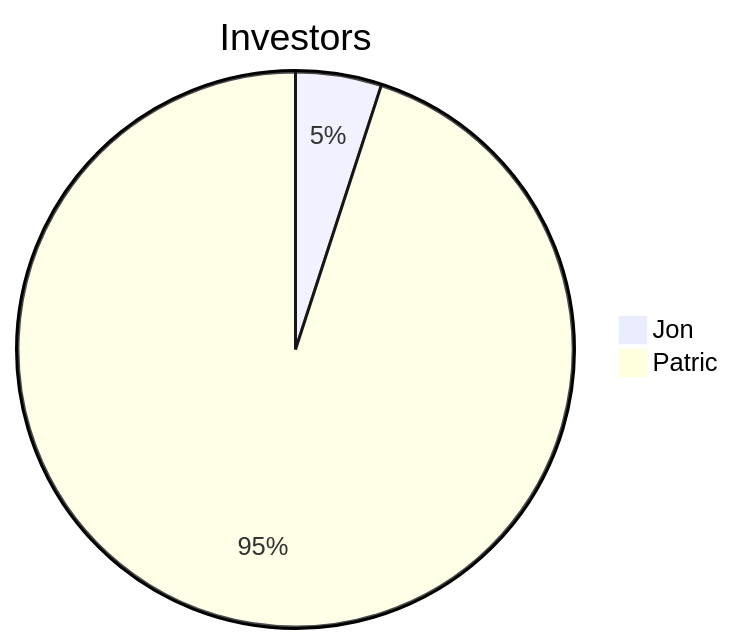
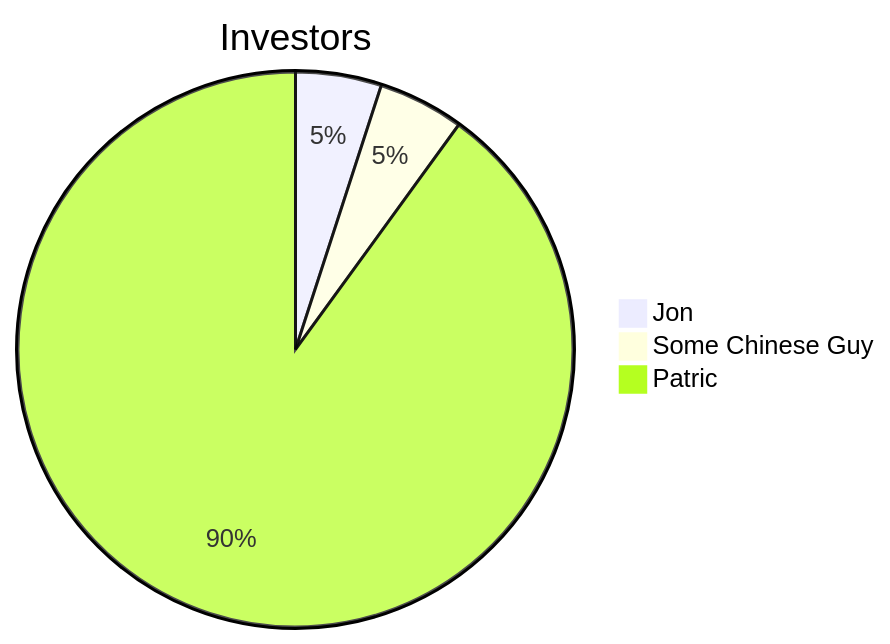
Before and after one commit to PatricCaviezel/breadSpawner: the diagram in README.md, drawn with Mermaid.

````diff
--- a/README.md
+++ b/README.md
@@ -4,6 +4,7 @@
 ```mermaid
 pie
   title Investors
   "Jon" : 5
-  "Patric" : 95
+  "Some Chinese Guy" : 5
+  "Patric" : 90
 ```
````
